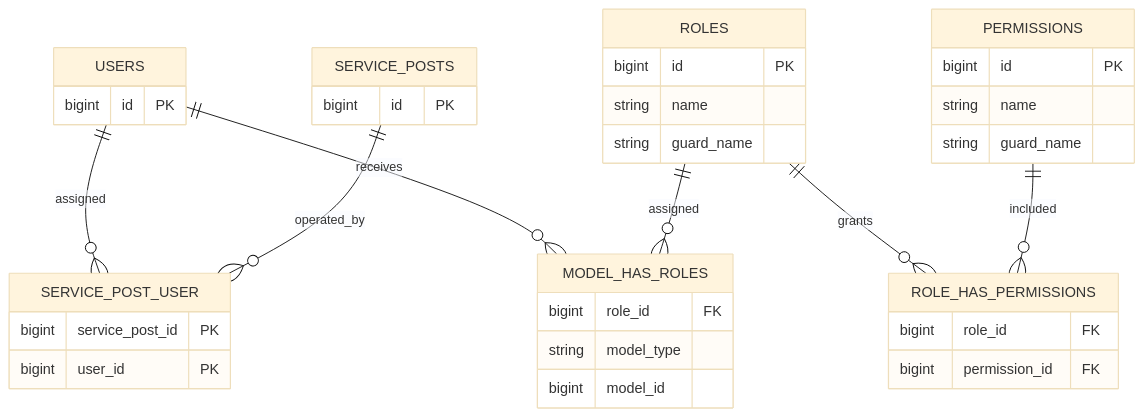
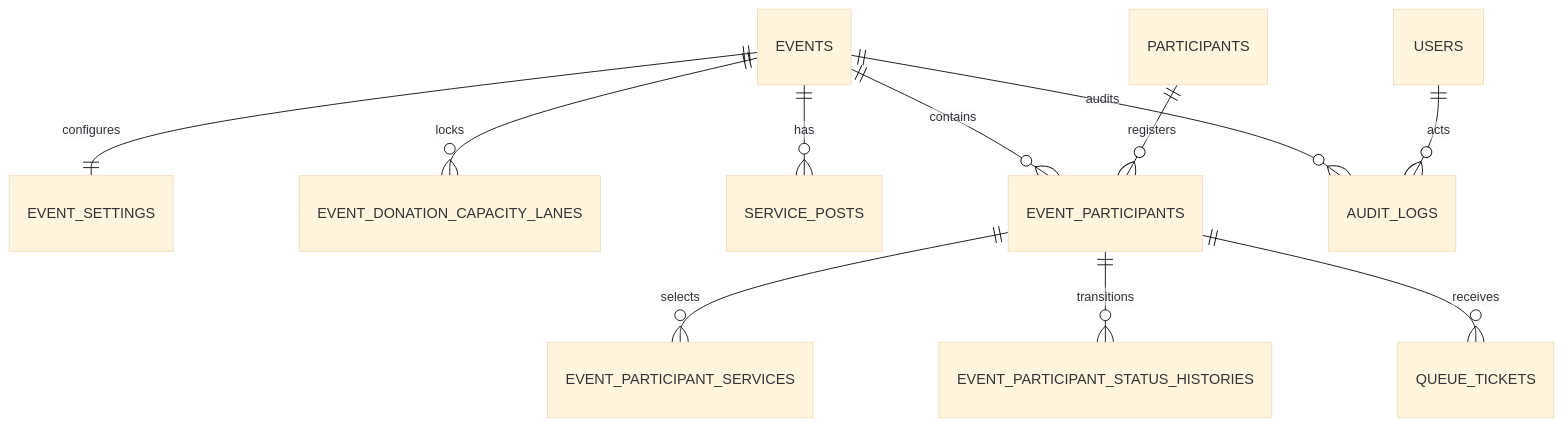
The diagram in docs/erd.md (Purnommo-DEV/SEHAT-APP), drawn with Mermaid (base theme) before and after one commit. The commit also changed other lines of this file and 145 other files, not shown here.

````diff
--- a/docs/erd.md
+++ b/docs/erd.md
@@ -186,39 +3,13 @@
 ```mermaid
 erDiagram
-    USERS {
-        bigint id PK
-    }
-    SERVICE_POSTS {
-        bigint id PK
-    }
-    SERVICE_POST_USER {
-        bigint service_post_id PK
-        bigint user_id PK
-    }
-    ROLES {
-        bigint id PK
-        string name
-        string guard_name
-    }
-    PERMISSIONS {
-        bigint id PK
-        string name
-        string guard_name
-    }
-    MODEL_HAS_ROLES {
-        bigint role_id FK
-        string model_type
-        bigint model_id
-    }
-    ROLE_HAS_PERMISSIONS {
-        bigint role_id FK
-        bigint permission_id FK
-    }
-
-    USERS ||--o{ SERVICE_POST_USER : assigned
-    SERVICE_POSTS ||--o{ SERVICE_POST_USER : operated_by
-    USERS ||--o{ MODEL_HAS_ROLES : receives
-    ROLES ||--o{ MODEL_HAS_ROLES : assigned
-    ROLES ||--o{ ROLE_HAS_PERMISSIONS : grants
-    PERMISSIONS ||--o{ ROLE_HAS_PERMISSIONS : included
+    EVENTS ||--|| EVENT_SETTINGS : configures
+    EVENTS ||--o{ EVENT_DONATION_CAPACITY_LANES : locks
+    EVENTS ||--o{ SERVICE_POSTS : has
+    EVENTS ||--o{ EVENT_PARTICIPANTS : contains
+    PARTICIPANTS ||--o{ EVENT_PARTICIPANTS : registers
+    EVENT_PARTICIPANTS ||--o{ EVENT_PARTICIPANT_SERVICES : selects
+    EVENT_PARTICIPANTS ||--o{ EVENT_PARTICIPANT_STATUS_HISTORIES : transitions
+    EVENT_PARTICIPANTS ||--o{ QUEUE_TICKETS : receives
+    EVENTS ||--o{ AUDIT_LOGS : audits
+    USERS ||--o{ AUDIT_LOGS : acts
 ```
````
